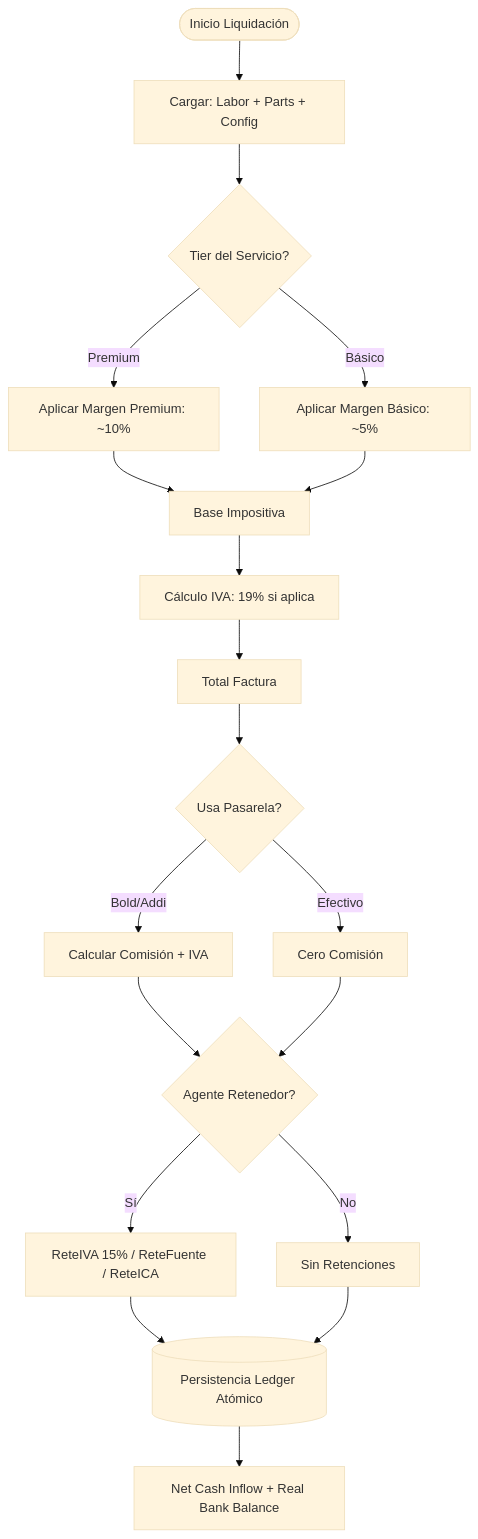
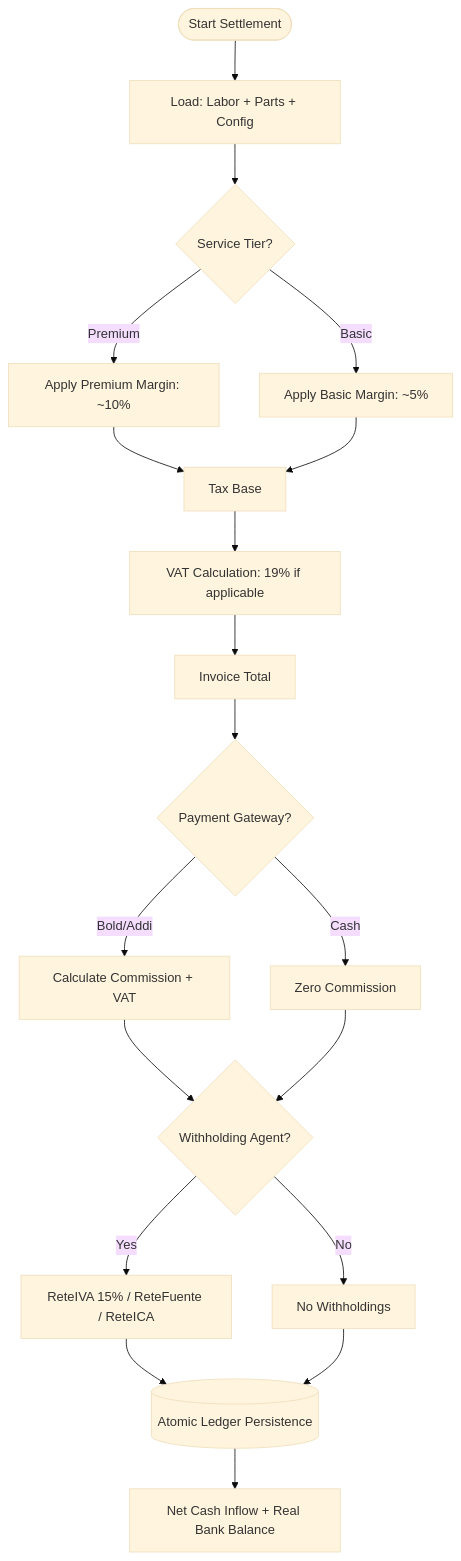
One commit to brandonjimenez21/efiscoArchitecture changed the fourth of 4 diagrams in README.md. Above: the diagram before and after it, drawn with Mermaid (base theme). The commit also changed other lines of this file, not shown here.

````diff
--- a/README.md
+++ b/README.md
@@ -160,23 +154,23 @@
 ```mermaid
 flowchart TD
-    Start([Inicio Liquidación]) --> Data[Cargar: Labor + Parts + Config]
-    Data --> Tier{Tier del Servicio?}
-    
-    Tier -- Premium --> PM[Aplicar Margen Premium: ~10%]
-    Tier -- Básico --> BM[Aplicar Margen Básico: ~5%]
-    
-    PM & BM --> Base[Base Impositiva]
-    Base --> IVA[Cálculo IVA: 19% si aplica]
-    IVA --> Total[Total Factura]
-    
-    Total --> Gateway{Usa Pasarela?}
-    Gateway -- Bold/Addi --> Comm[Calcular Comisión + IVA]
-    Gateway -- Efectivo --> NoComm[Cero Comisión]
-    
-    Comm & NoComm --> Rets{Agente Retenedor?}
-    Rets -- Sí --> CalcRets[ReteIVA 15% / ReteFuente / ReteICA]
-    Rets -- No --> ZeroRets[Sin Retenciones]
-    
-    CalcRets & ZeroRets --> DB[(Persistencia Ledger Atómico)]
+    Start([Start Settlement]) --> Data[Load: Labor + Parts + Config]
+    Data --> Tier{Service Tier?}
+
+    Tier -- Premium --> PM[Apply Premium Margin: ~10%]
+    Tier -- Basic --> BM[Apply Basic Margin: ~5%]
+
+    PM & BM --> Base[Tax Base]
+    Base --> IVA[VAT Calculation: 19% if applicable]
+    IVA --> Total[Invoice Total]
+
+    Total --> Gateway{Payment Gateway?}
+    Gateway -- Bold/Addi --> Comm[Calculate Commission + VAT]
+    Gateway -- Cash --> NoComm[Zero Commission]
+
+    Comm & NoComm --> Rets{Withholding Agent?}
+    Rets -- Yes --> CalcRets[ReteIVA 15% / ReteFuente / ReteICA]
+    Rets -- No --> ZeroRets[No Withholdings]
+
+    CalcRets & ZeroRets --> DB[(Atomic Ledger Persistence)]
     DB --> Result[Net Cash Inflow + Real Bank Balance]
 ```
````
